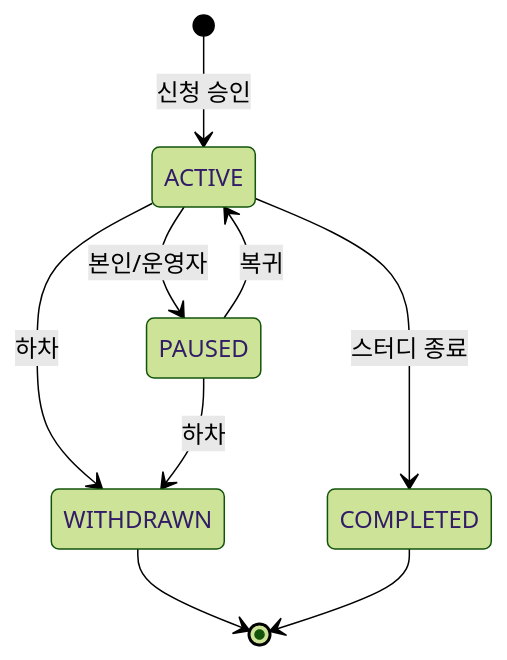
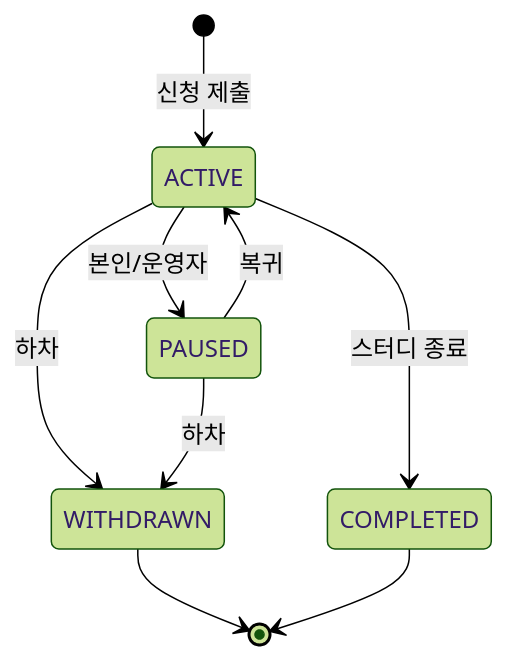
One commit to StudyClub-PlusPlus/studyclub-engineering changed the diagram in docs/erd/STUDY_PARTICIPANT.md. Above: the diagram before and after it, drawn with Mermaid (forest theme). The commit also changed other lines of this file and 9 other files, not shown here.

````diff
--- a/docs/erd/STUDY_PARTICIPANT.md
+++ b/docs/erd/STUDY_PARTICIPANT.md
@@ -31,11 +31,11 @@
 ```mermaid
 stateDiagram-v2
-  [*] --> ACTIVE : 신청 승인
+  [*] --> ACTIVE : 신청 제출
   ACTIVE --> PAUSED : 본인/운영자
   PAUSED --> ACTIVE : 복귀
   ACTIVE --> WITHDRAWN : 하차
   PAUSED --> WITHDRAWN : 하차
   ACTIVE --> COMPLETED : 스터디 종료
   WITHDRAWN --> [*]
   COMPLETED --> [*]
 ```
````
